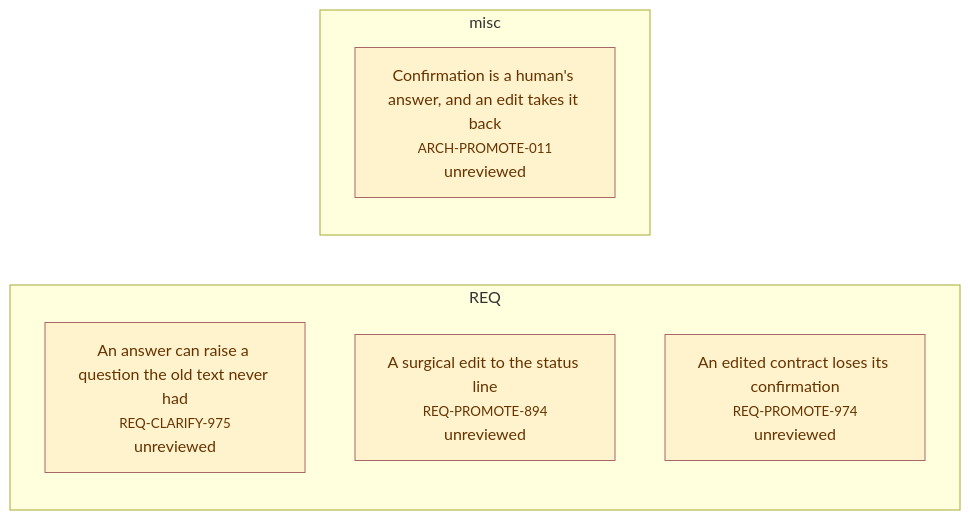
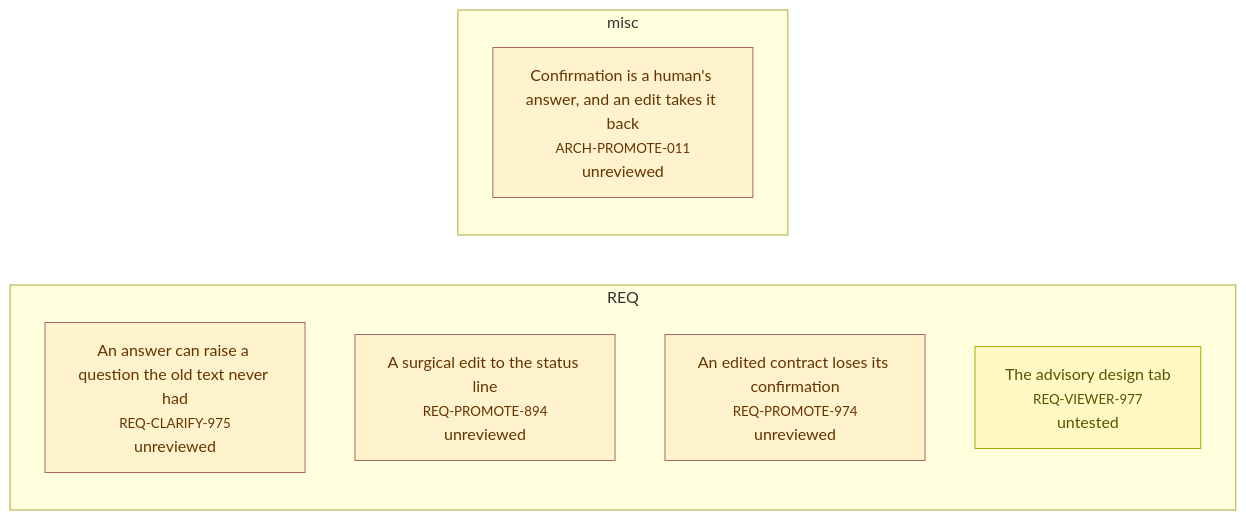
The fifth of 5 diagrams in plugin/requirements/_map.md (alxmax/Requirement-manager), drawn with Mermaid before and after one commit. The commit also changed other lines of this file and 15 other files, not shown here.

First line of the commit message:
Put the design candidates in the map, in a tab of their own

````diff
--- a/plugin/requirements/_map.md
+++ b/plugin/requirements/_map.md
@@ -955,15 +957,17 @@
 ```mermaid
 graph LR
   subgraph sg_REQ["REQ"]
     REQ_CLARIFY_975["An answer can raise a question the old text never had<br><small>REQ-CLARIFY-975</small><br>unreviewed"]
     REQ_PROMOTE_894["A surgical edit to the status line<br><small>REQ-PROMOTE-894</small><br>unreviewed"]
     REQ_PROMOTE_974["An edited contract loses its confirmation<br><small>REQ-PROMOTE-974</small><br>unreviewed"]
+    REQ_VIEWER_977["The advisory design tab<br><small>REQ-VIEWER-977</small><br>untested"]
   end
   subgraph sg_misc["misc"]
     ARCH_PROMOTE_011["Confirmation is a human's answer, and an edit takes it back<br><small>ARCH-PROMOTE-011</small><br>unreviewed"]
   end
   style REQ_CLARIFY_975 fill:#fff3cd,stroke:#a66,color:#630
   style ARCH_PROMOTE_011 fill:#fff3cd,stroke:#a66,color:#630
   style REQ_PROMOTE_894 fill:#fff3cd,stroke:#a66,color:#630
   style REQ_PROMOTE_974 fill:#fff3cd,stroke:#a66,color:#630
+  style REQ_VIEWER_977 fill:#fff9c4,stroke:#aa0,color:#550
 ```
````
